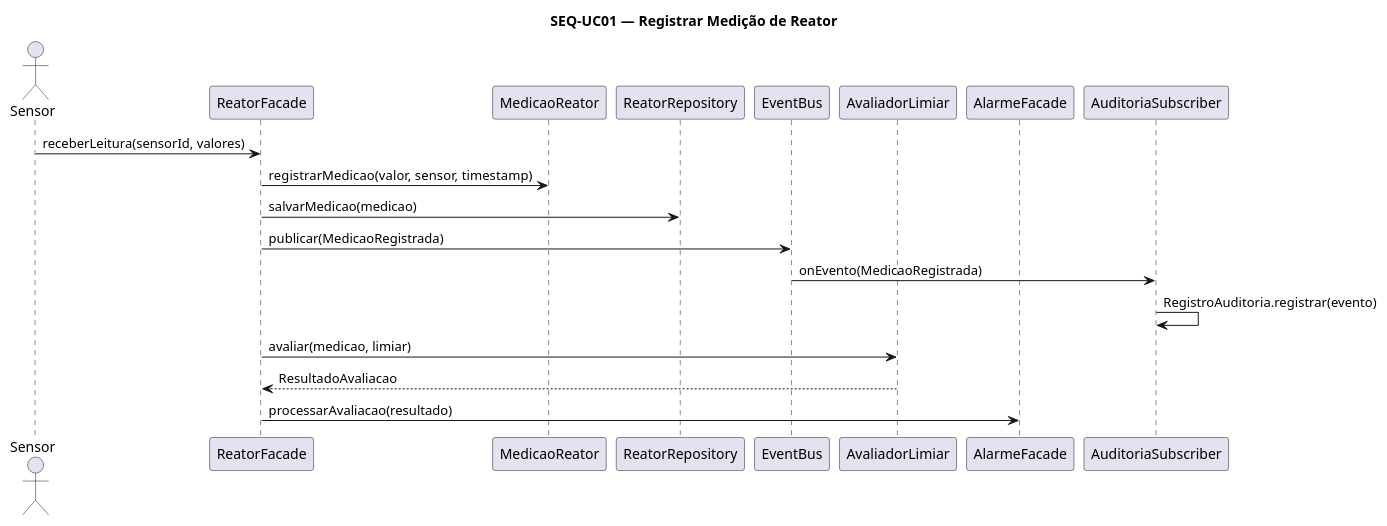
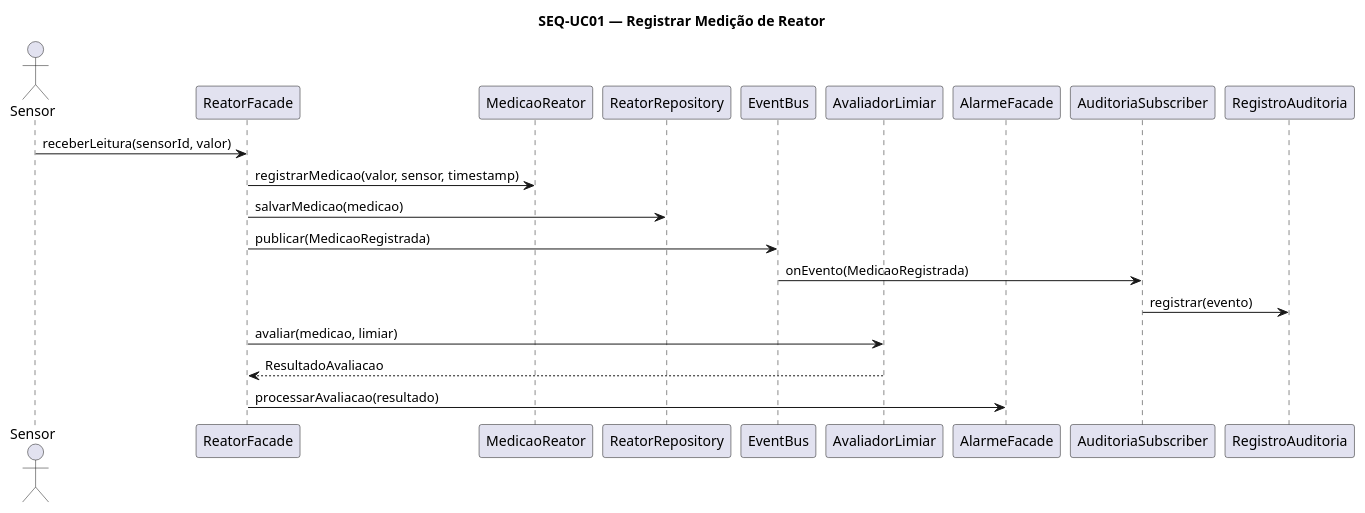
Before and after one commit to rlampago22/RP-IV: the diagram in docs/marco1/diagramas/seq-uc01-medicao.puml, drawn with PlantUML. The commit also changed 3 other files, not shown here.

```diff
--- a/docs/marco1/diagramas/seq-uc01-medicao.puml
+++ b/docs/marco1/diagramas/seq-uc01-medicao.puml
@@ -1,24 +1,25 @@
 @startuml seq-uc01-medicao
 title SEQ-UC01 — Registrar Medição de Reator
 skinparam shadowing false
 
 actor Sensor
 participant "ReatorFacade" as RF
 participant "MedicaoReator" as MR
 participant "ReatorRepository" as RR
 participant "EventBus" as Bus
 participant "AvaliadorLimiar" as AL
 participant "AlarmeFacade" as AF
 participant "AuditoriaSubscriber" as Aud
+participant "RegistroAuditoria" as Reg
 
-Sensor -> RF: receberLeitura(sensorId, valores)
+Sensor -> RF: receberLeitura(sensorId, valor)
 RF -> MR: registrarMedicao(valor, sensor, timestamp)
 RF -> RR: salvarMedicao(medicao)
 RF -> Bus: publicar(MedicaoRegistrada)
 Bus -> Aud: onEvento(MedicaoRegistrada)
-Aud -> Aud: RegistroAuditoria.registrar(evento)
+Aud -> Reg: registrar(evento)
 RF -> AL: avaliar(medicao, limiar)
 AL --> RF: ResultadoAvaliacao
 RF -> AF: processarAvaliacao(resultado)
 
 @enduml
```
